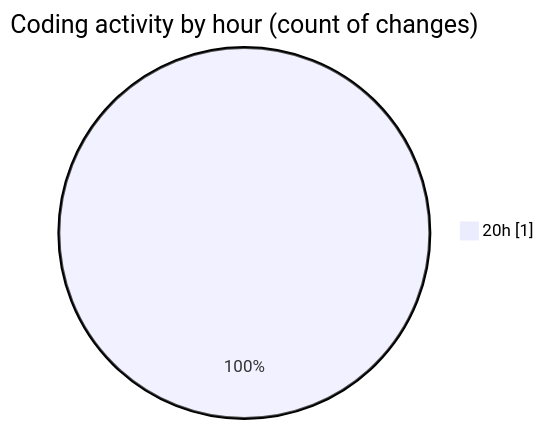
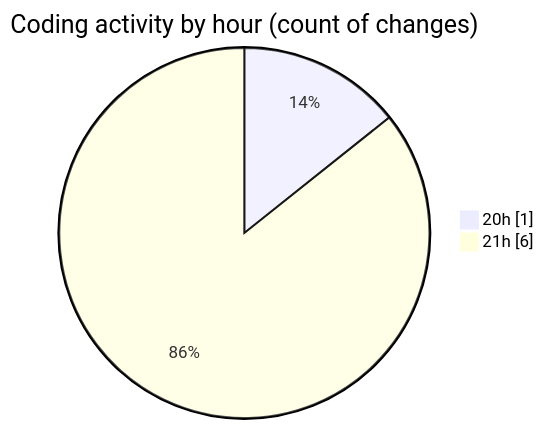
Before and after one commit to jadenblack/code-tracking: the second of 2 diagrams in 2026-02-26/shadcn-admin-kit-main__workspace_/README.md, drawn with Mermaid. The commit also changed other lines of this file and 1 other file, not shown here.

````diff
--- a/2026-02-26/shadcn-admin-kit-main__workspace_/README.md
+++ b/2026-02-26/shadcn-admin-kit-main__workspace_/README.md
@@ -28,5 +29,6 @@
 ```mermaid
 pie showData
 title Coding activity by hour (count of changes)
 "20h" : 1
+"21h" : 6
 ```
````
